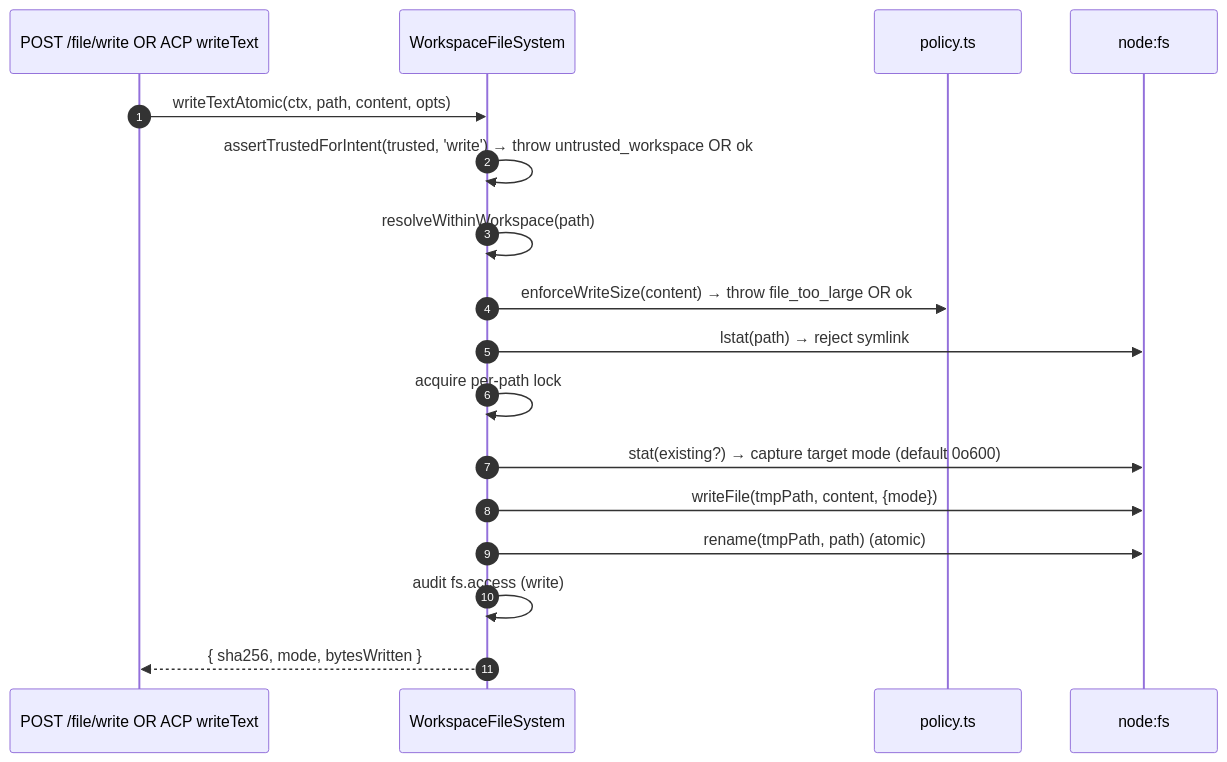
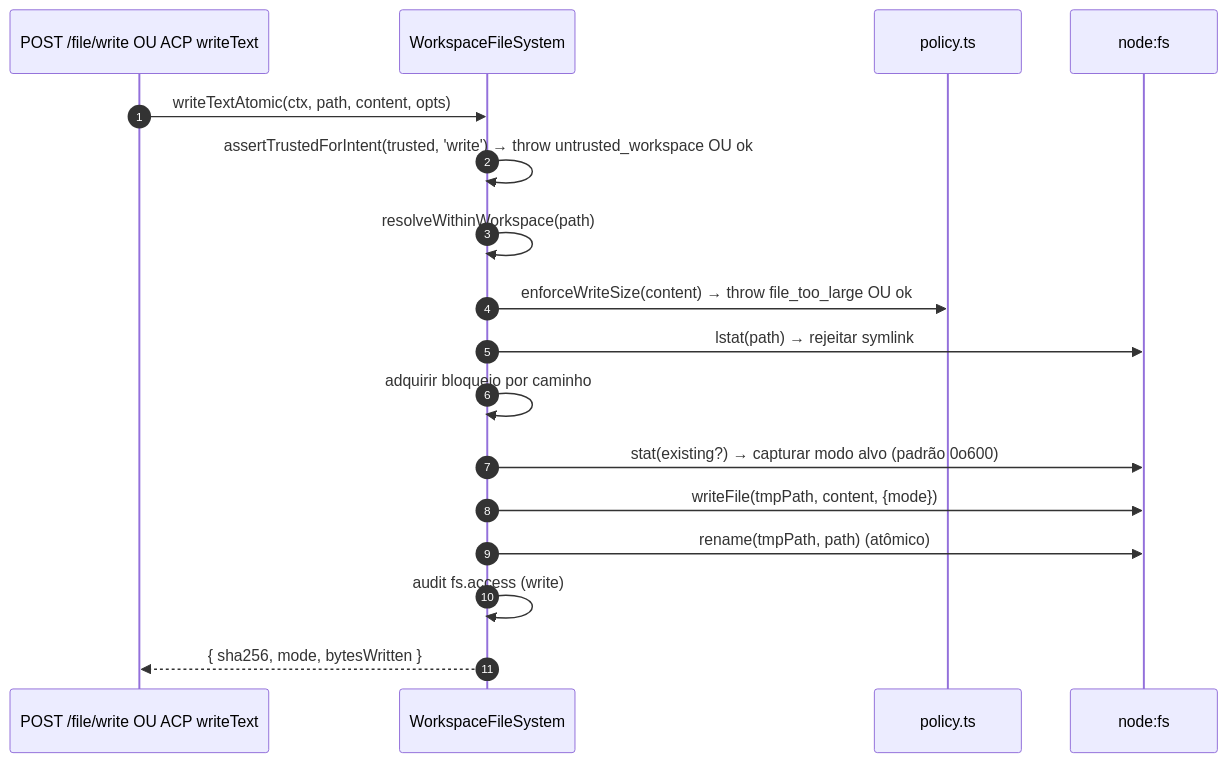
One commit to QwenLM/qwen-code-docs changed the second of 3 diagrams in website/content/pt-BR/developers/daemon/07-workspace-filesystem.md. Above: the diagram before and after it, drawn with Mermaid. The commit also changed other lines of this file and 1077 other files, not shown here.

````diff
--- a/website/content/pt-BR/developers/daemon/07-workspace-filesystem.md
+++ b/website/content/pt-BR/developers/daemon/07-workspace-filesystem.md
@@ -146,20 +148,20 @@
 ```mermaid
 sequenceDiagram
     autonumber
-    participant R as POST /file/write OR ACP writeText
+    participant R as POST /file/write OU ACP writeText
     participant FS as WorkspaceFileSystem
     participant POL as policy.ts
     participant FSP as node:fs
 
     R->>FS: writeTextAtomic(ctx, path, content, opts)
-    FS->>FS: assertTrustedForIntent(trusted, 'write') → throw untrusted_workspace OR ok
+    FS->>FS: assertTrustedForIntent(trusted, 'write') → throw untrusted_workspace OU ok
     FS->>FS: resolveWithinWorkspace(path)
-    FS->>POL: enforceWriteSize(content) → throw file_too_large OR ok
-    FS->>FSP: lstat(path) → reject symlink
-    FS->>FS: acquire per-path lock
-    FS->>FSP: stat(existing?) → capture target mode (default 0o600)
+    FS->>POL: enforceWriteSize(content) → throw file_too_large OU ok
+    FS->>FSP: lstat(path) → rejeitar symlink
+    FS->>FS: adquirir bloqueio por caminho
+    FS->>FSP: stat(existing?) → capturar modo alvo (padrão 0o600)
     FS->>FSP: writeFile(tmpPath, content, {mode})
-    FS->>FSP: rename(tmpPath, path) (atomic)
+    FS->>FSP: rename(tmpPath, path) (atômico)
     FS->>FS: audit fs.access (write)
     FS-->>R: { sha256, mode, bytesWritten }
 ```
````
